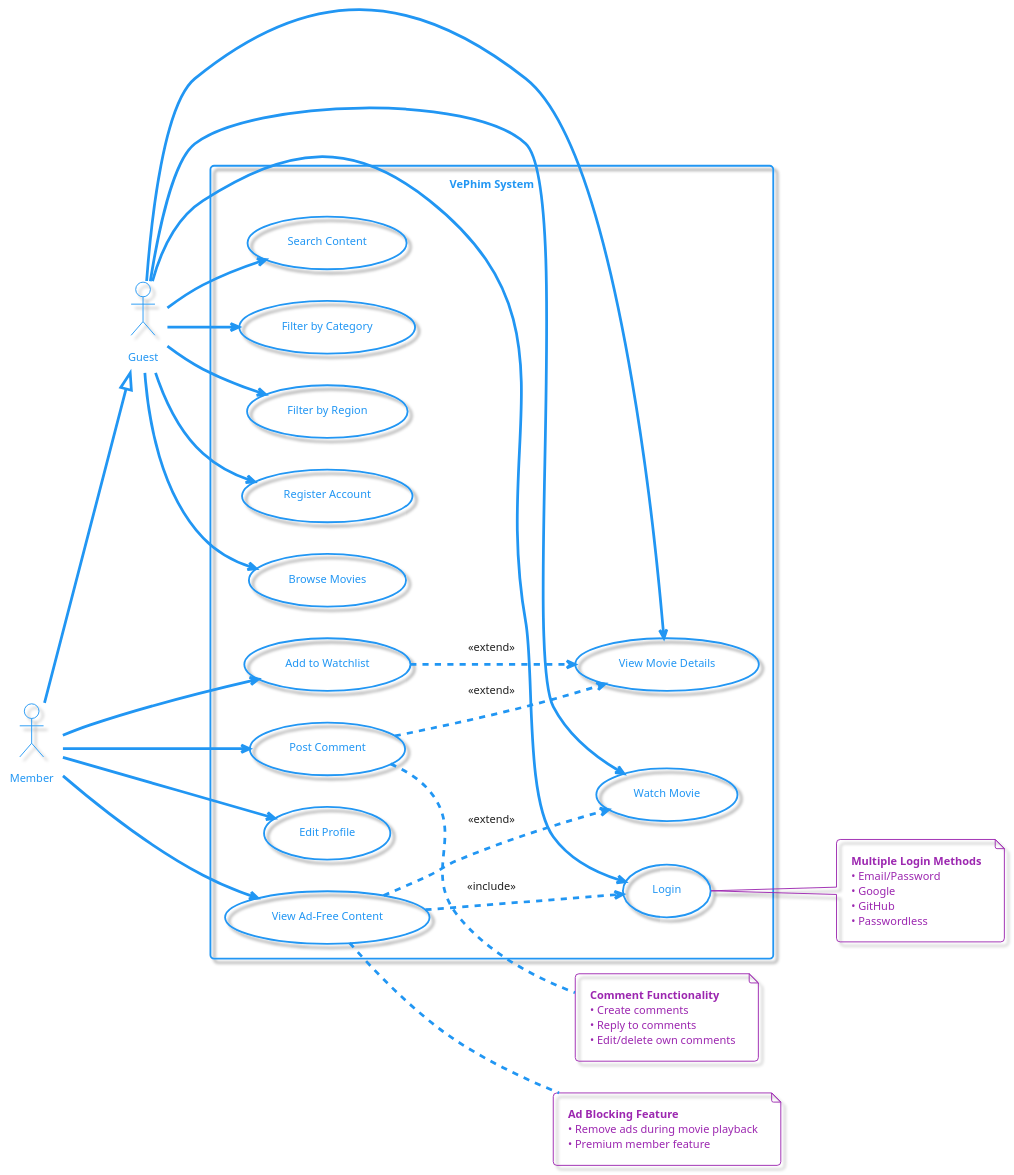
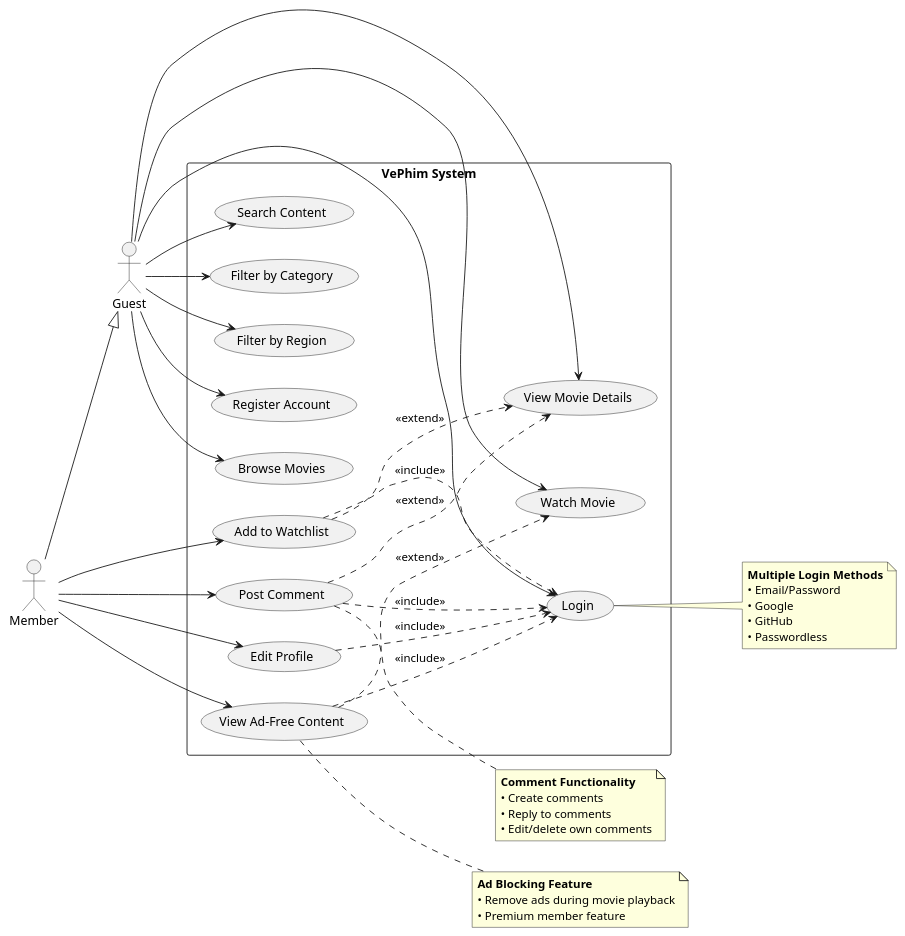
The first of 2 diagrams in documents/diagram/usecase.md (lehuygiang28/vphim), drawn with PlantUML before and after one commit. The commit also changed other lines of this file, not shown here.

First line of the commit message:
feat(documents/diagram/usecase): 🎉 reorganize use case diagram for improved clarity and structure

````diff
--- a/documents/diagram/usecase.md
+++ b/documents/diagram/usecase.md
@@ -5,72 +5,73 @@
 ```plantuml
 @startuml VePhim User Use Case Diagram
-
-!theme materia-outline
 
 left to right direction
 
 actor Guest as g
 actor Member as m
 
 m --|> g
 
 rectangle "VePhim System" {
   usecase "Browse Movies" as UC1
   usecase "View Movie Details" as UC2
   usecase "Watch Movie" as UC3
   usecase "Search Content" as UC4
   usecase "Filter by Category" as UC5
   usecase "Filter by Region" as UC6
   usecase "Register Account" as UC7
   usecase "Login" as UC8
   usecase "Add to Watchlist" as UC9
   usecase "Post Comment" as UC10
   usecase "Edit Profile" as UC11
   usecase "View Ad-Free Content" as UC12
 }
 
 ' Guest relationships - clear and minimal
 g --> UC1
 g --> UC2
 g --> UC3
 g --> UC4
 g --> UC5
 g --> UC6
 g --> UC7
 g --> UC8
 
 ' Member-specific features - clear and minimal
 m --> UC9
 m --> UC10
 m --> UC11
 m --> UC12
 
 ' Use extends/includes more selectively
 UC9 ..> UC2 : <<extend>>
+UC9 ..> UC8 : <<include>>
 UC10 ..> UC2 : <<extend>>
+UC10 ..> UC8 : <<include>>
+UC11 ..> UC8 : <<include>>
 UC12 ..> UC3 : <<extend>>
 UC12 ..> UC8 : <<include>>
 
 note right of UC8
   <b>Multiple Login Methods</b>
   • Email/Password
   • Google
   • GitHub
   • Passwordless
 end note
 
 note right of UC10
   <b>Comment Functionality</b>
   • Create comments
   • Reply to comments
   • Edit/delete own comments
 end note
 
 note right of UC12
   <b>Ad Blocking Feature</b>
   • Remove ads during movie playback
   • Premium member feature
 end note
 
 @enduml
 ```
````
